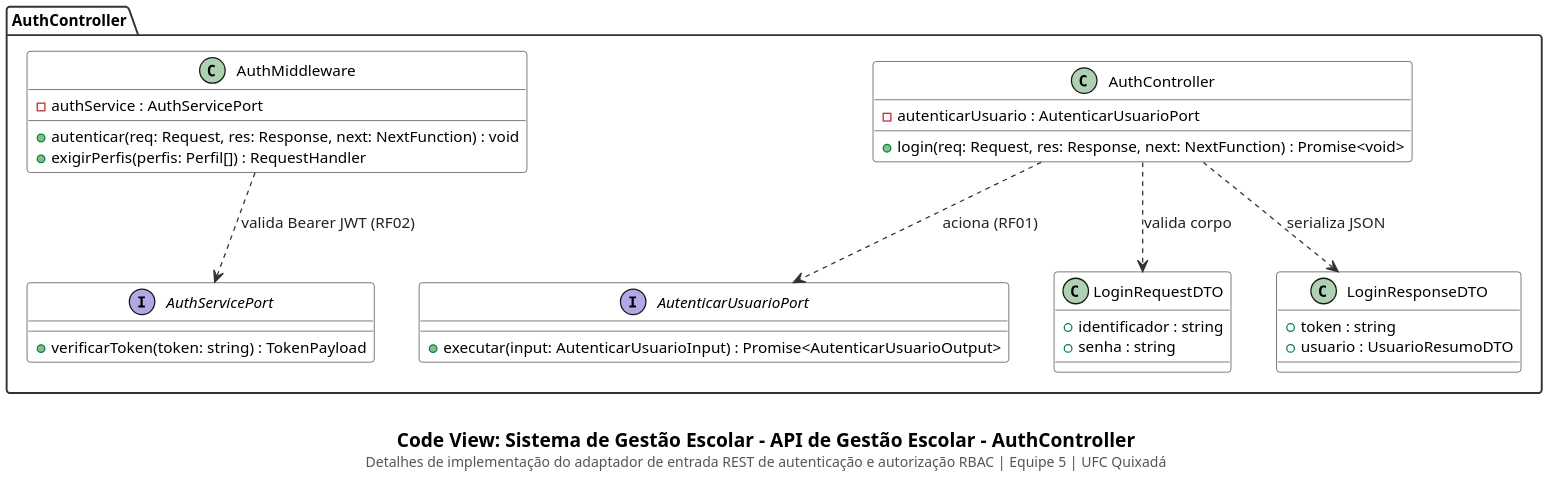
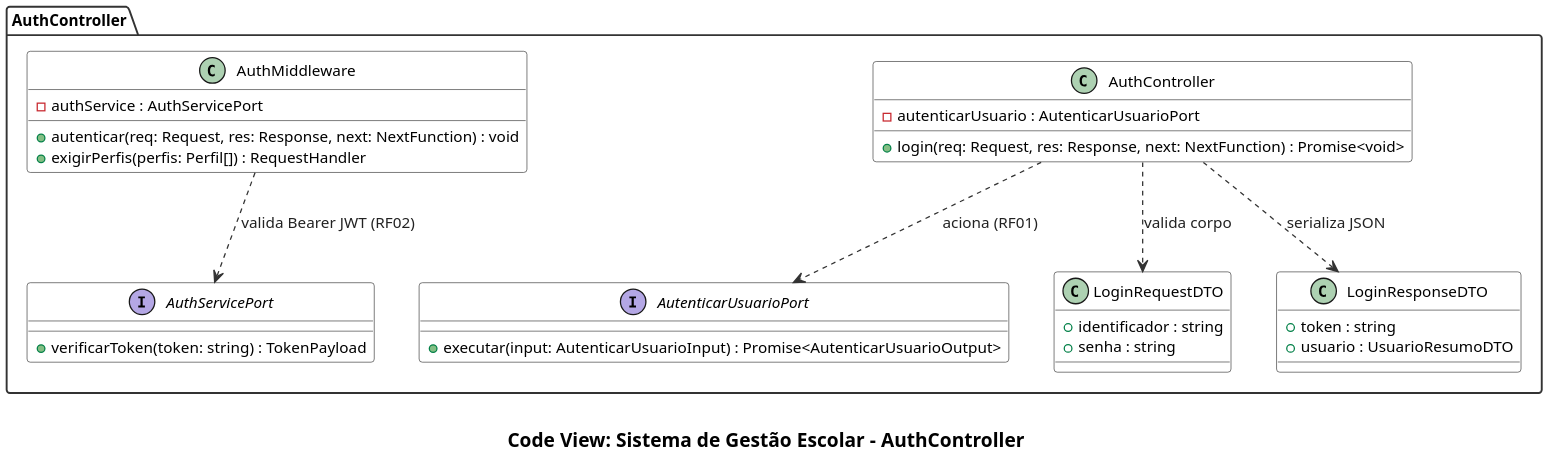
One commit to cicerocarnauba/sistema-gestao-escolar changed the diagram in docs/code/auth-controller.puml. Above: the diagram before and after it, drawn with PlantUML. The commit also changed 16 other files, not shown here.

Commit message:
docs: limpa legendas/timestamp dos diagramas C4 e atualiza README

```diff
--- a/docs/code/auth-controller.puml
+++ b/docs/code/auth-controller.puml
@@ -1,58 +1,58 @@
 @startuml
 set separator none
 top to bottom direction
 skinparam backgroundColor #FFFFFF
 skinparam shadowing false
 skinparam dpi 180
 skinparam defaultFontName "SansSerif"
 skinparam defaultFontSize 12
 skinparam packageStyle folder
 skinparam packageBackgroundColor #FFFFFF
 skinparam packageBorderColor #333333
 skinparam packageFontStyle bold
 skinparam classBackgroundColor #FFFFFF
 skinparam classHeaderBackgroundColor #FFFFFF
 skinparam classBorderColor #333333
 skinparam arrowColor #333333
 skinparam arrowFontColor #222222
 skinparam noteBackgroundColor #FAFAFA
 skinparam noteBorderColor #666666
 
 package "AuthController" as pkg_auth_controller {
     interface AutenticarUsuarioPort {
         + executar(input: AutenticarUsuarioInput) : Promise<AutenticarUsuarioOutput>
     }
 
     interface AuthServicePort {
         + verificarToken(token: string) : TokenPayload
     }
 
     class AuthController {
         - autenticarUsuario : AutenticarUsuarioPort
         + login(req: Request, res: Response, next: NextFunction) : Promise<void>
     }
 
     class AuthMiddleware {
         - authService : AuthServicePort
         + autenticar(req: Request, res: Response, next: NextFunction) : void
         + exigirPerfis(perfis: Perfil[]) : RequestHandler
     }
 
     class LoginRequestDTO {
         + identificador : string
         + senha : string
     }
 
     class LoginResponseDTO {
         + token : string
         + usuario : UsuarioResumoDTO
     }
 
     AuthController ..> AutenticarUsuarioPort : aciona (RF01)
     AuthController ..> LoginRequestDTO : valida corpo
     AuthController ..> LoginResponseDTO : serializa JSON
     AuthMiddleware ..> AuthServicePort : valida Bearer JWT (RF02)
 }
 
-caption \n<size:15><b>Code View: Sistema de Gestão Escolar - API de Gestão Escolar - AuthController</b></size>\n<size:11><color:#555555>Detalhes de implementação do adaptador de entrada REST de autenticação e autorização RBAC | Equipe 5 | UFC Quixadá</color></size>
+caption \n<size:15><b>Code View: Sistema de Gestão Escolar - AuthController</b></size>
 @enduml
```
